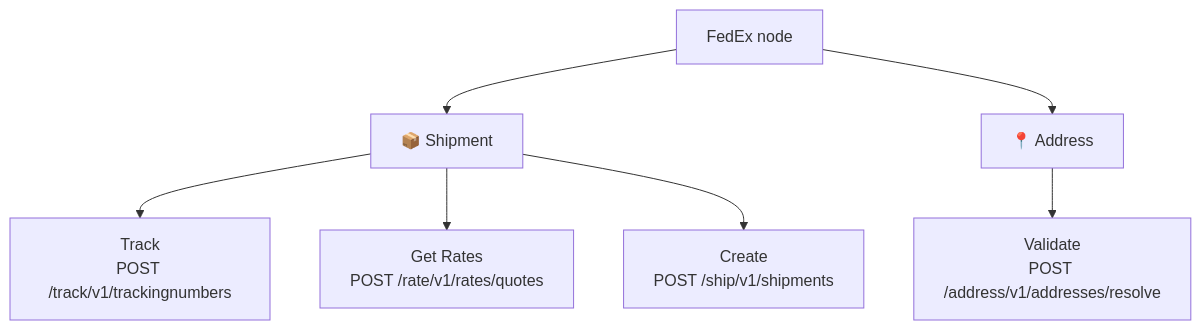
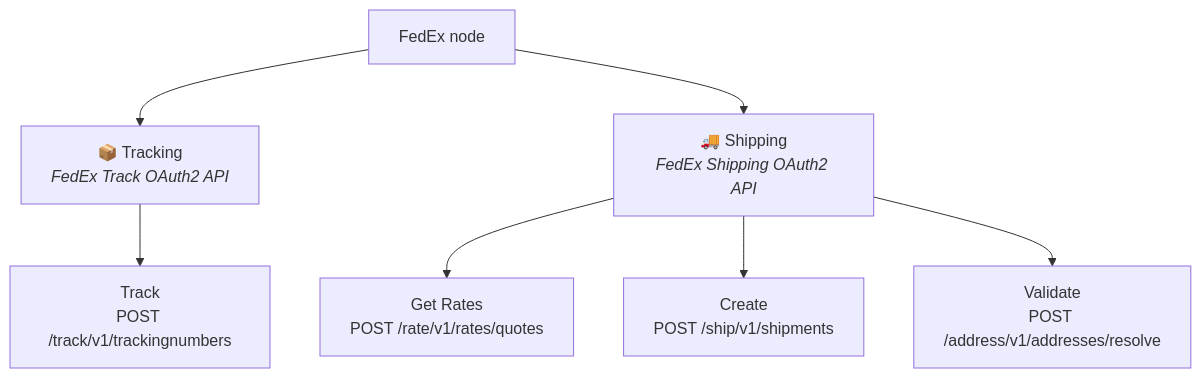
One commit to nodrel-dev/n8n-fedex-node changed the second of 3 diagrams in README.md. Above: the diagram before and after it, drawn with Mermaid. The commit also changed other lines of this file and 6 other files, not shown here.

````diff
--- a/README.md
+++ b/README.md
@@ -65,11 +66,11 @@
 ```mermaid
 flowchart TD
     node["FedEx node"]
-    node --> shipment["📦 Shipment"]
-    node --> address["📍 Address"]
+    node --> tracking["📦 Tracking<br/><i>FedEx Track OAuth2 API</i>"]
+    node --> shipping["🚚 Shipping<br/><i>FedEx Shipping OAuth2 API</i>"]
 
-    shipment --> track["Track<br/>POST /track/v1/trackingnumbers"]
-    shipment --> rates["Get Rates<br/>POST /rate/v1/rates/quotes"]
-    shipment --> create["Create<br/>POST /ship/v1/shipments"]
-    address --> validate["Validate<br/>POST /address/v1/addresses/resolve"]
+    tracking --> track["Track<br/>POST /track/v1/trackingnumbers"]
+    shipping --> rates["Get Rates<br/>POST /rate/v1/rates/quotes"]
+    shipping --> create["Create<br/>POST /ship/v1/shipments"]
+    shipping --> validate["Validate<br/>POST /address/v1/addresses/resolve"]
 ```
````
